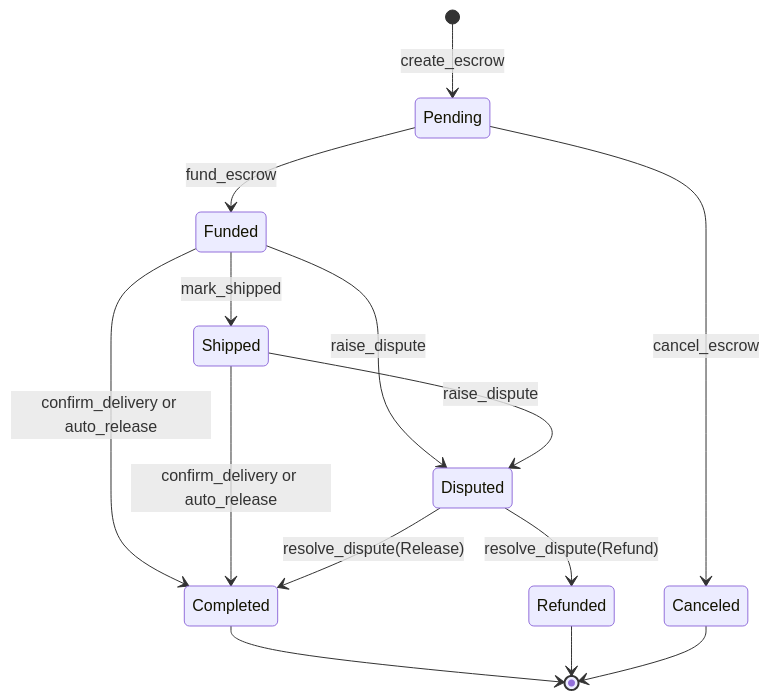
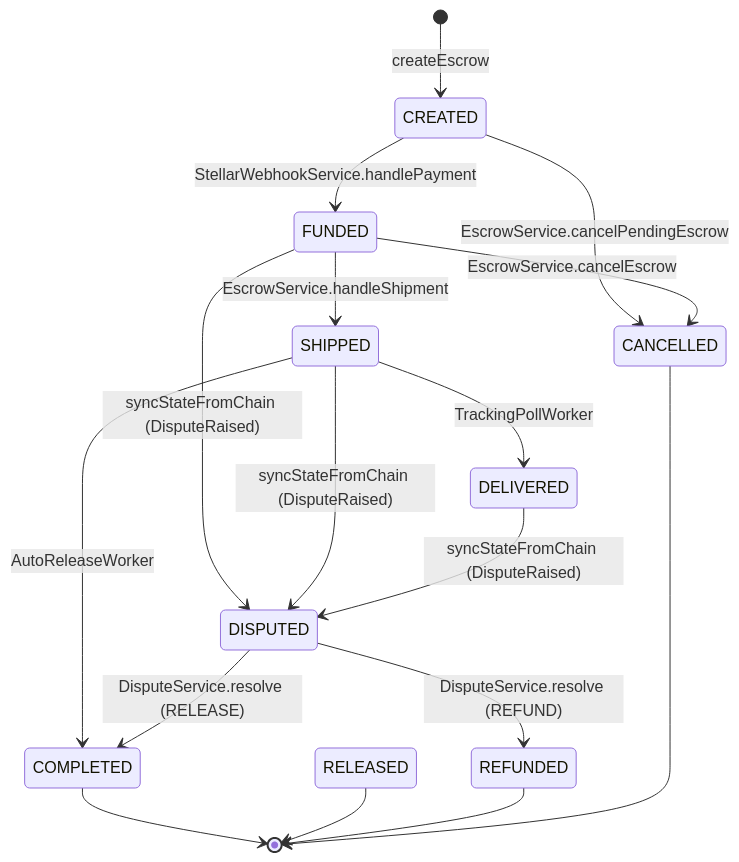
Before and after one commit to JSE-ORG/trust-link-backend: the diagram in docs/state-machine.md, drawn with Mermaid. The commit also changed other lines of this file and 7 other files, not shown here.

````diff
--- a/docs/state-machine.md
+++ b/docs/state-machine.md
@@ -20,21 +39,25 @@
 ```mermaid
 stateDiagram-v2
-    [*] --> Pending: create_escrow
+    [*] --> CREATED: createEscrow
 
-    Pending --> Funded: fund_escrow
-    Pending --> Canceled: cancel_escrow
+    CREATED --> FUNDED: StellarWebhookService.handlePayment
+    CREATED --> CANCELLED: EscrowService.cancelPendingEscrow
 
-    Funded --> Shipped: mark_shipped
-    Funded --> Disputed: raise_dispute
-    Funded --> Completed: confirm_delivery or auto_release
+    FUNDED --> SHIPPED: EscrowService.handleShipment
+    FUNDED --> CANCELLED: EscrowService.cancelEscrow
+    FUNDED --> DISPUTED: syncStateFromChain (DisputeRaised)
 
-    Shipped --> Disputed: raise_dispute
-    Shipped --> Completed: confirm_delivery or auto_release
+    SHIPPED --> DELIVERED: TrackingPollWorker
+    SHIPPED --> COMPLETED: AutoReleaseWorker
+    SHIPPED --> DISPUTED: syncStateFromChain (DisputeRaised)
 
-    Disputed --> Completed: resolve_dispute(Release)
-    Disputed --> Refunded: resolve_dispute(Refund)
+    DELIVERED --> DISPUTED: syncStateFromChain (DisputeRaised)
 
-    Completed --> [*]
-    Refunded --> [*]
-    Canceled --> [*]
+    DISPUTED --> COMPLETED: DisputeService.resolve (RELEASE)
+    DISPUTED --> REFUNDED: DisputeService.resolve (REFUND)
+
+    COMPLETED --> [*]
+    RELEASED --> [*]
+    REFUNDED --> [*]
+    CANCELLED --> [*]
 ```
````
